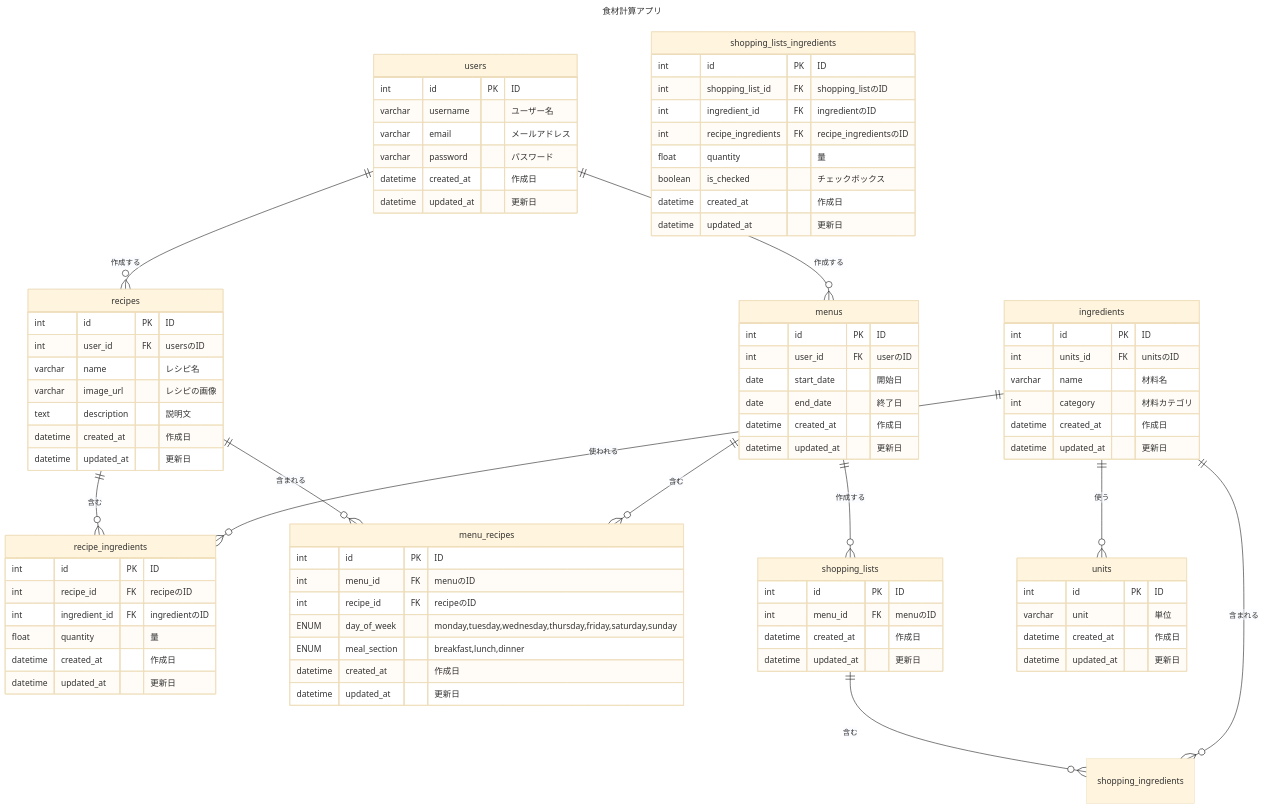
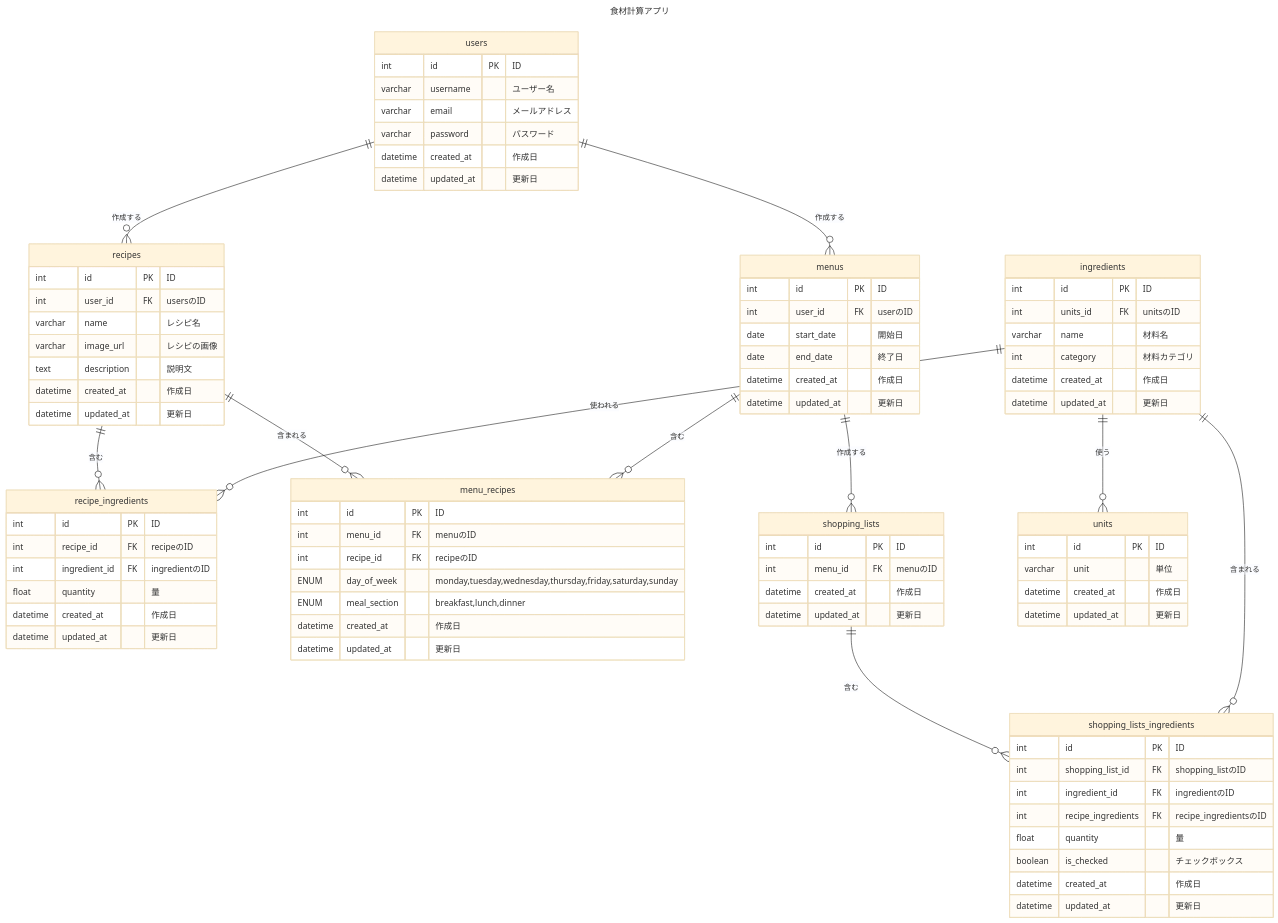
One commit to Syumai3/recipe-shopper-app changed the diagram in backend/docs/er.md. Above: the diagram before and after it, drawn with Mermaid (base theme).

Commit message:
fix:er図を修正

```diff
--- a/backend/docs/er.md
+++ b/backend/docs/er.md
@@ -13,8 +13,8 @@
     ingredients ||--o{ recipe_ingredients : "使われる"
     menus  ||--o{ shopping_lists : "作成する"
     menus  ||--o{ menu_recipes : "含む"
-    shopping_lists  ||--o{ shopping_ingredients : "含む"
-    ingredients ||--o{ shopping_ingredients : "含まれる"
+    shopping_lists  ||--o{ shopping_lists_ingredients : "含む"
+    ingredients ||--o{ shopping_lists_ingredients : "含まれる"
     ingredients ||--o{ units : "使う"
 
     users {
```
